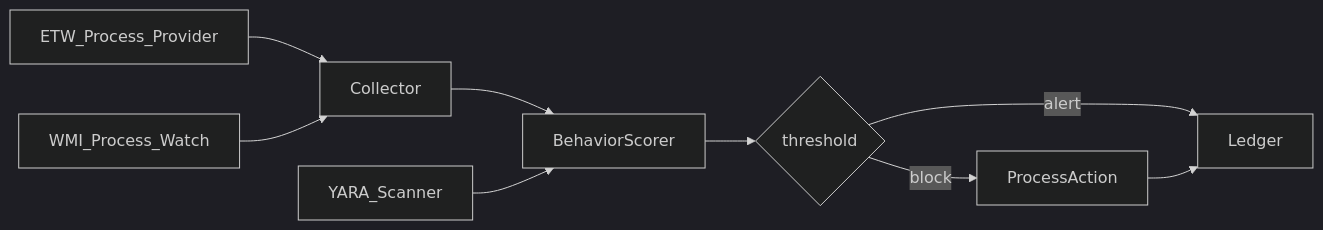
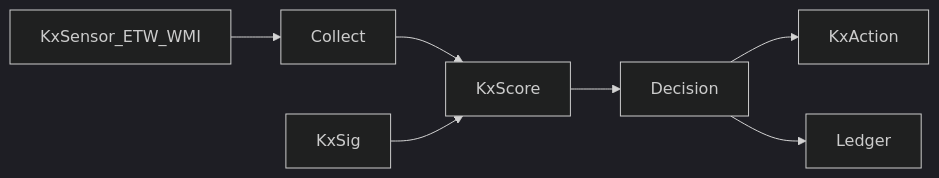
Before and after one commit to angelsj913/Kx-Defender-: the second of 2 diagrams in docs/architecture.md, drawn with Mermaid (dark theme). The commit also changed other lines of this file and 14 other files, not shown here.

````diff
--- a/docs/architecture.md
+++ b/docs/architecture.md
@@ -179,11 +99,9 @@
 ```mermaid
 flowchart LR
-  ETW[ETW_Process_Provider] --> Collector
-  WMI[WMI_Process_Watch] --> Collector
-  Collector --> Scorer[BehaviorScorer]
-  YARA[YARA_Scanner] --> Scorer
-  Scorer --> Decision{threshold}
-  Decision -->|block| Killer[ProcessAction]
-  Decision -->|alert| Ledger
-  Killer --> Ledger
+  Sensor[KxSensor_ETW_WMI] --> Collect
+  Collect --> KxScore
+  KxSig --> KxScore
+  KxScore --> Decision
+  Decision --> KxAction
+  Decision --> Ledger
 ```
````
